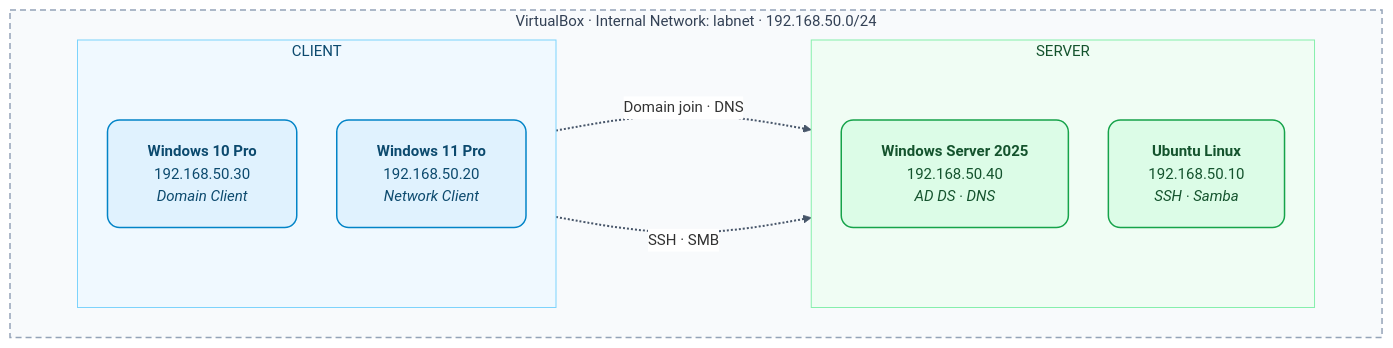
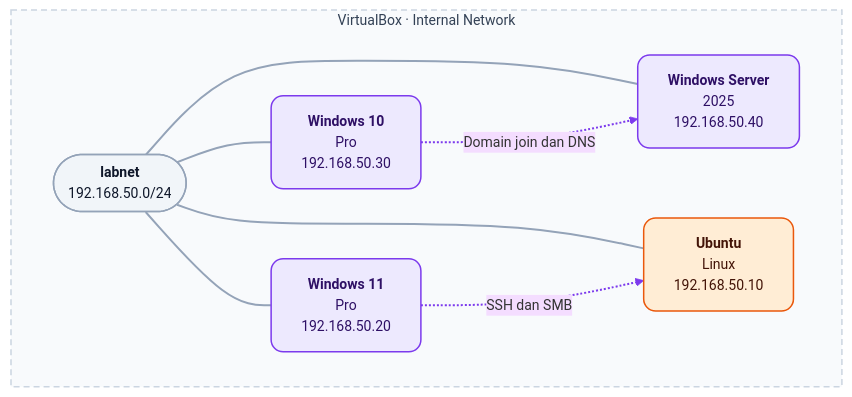
One commit to Irfanrahmatf/infra-homelab changed the diagram in COMMAND.md. Above: the diagram before and after it, drawn with Mermaid. The commit also changed other lines of this file, not shown here.

````diff
--- a/COMMAND.md
+++ b/COMMAND.md
@@ -12,34 +12,33 @@
 ```mermaid
-%%{init: {"theme": "base", "flowchart": {"curve": "basis", "nodeSpacing": 40, "rankSpacing": 110, "padding": 20}, "themeVariables": {"fontFamily": "Inter, Segoe UI, Roboto, sans-serif", "fontSize": "15px", "lineColor": "#64748b", "edgeLabelBackground": "#ffffff"}}}%%
-flowchart LR
-    subgraph LAB["VirtualBox · Internal Network: labnet · 192.168.50.0/24"]
-        direction LR
+%%{init: {"theme": "base", "flowchart": {"curve": "basis", "nodeSpacing": 50, "rankSpacing": 60}, "themeVariables": {"fontFamily": "Inter, Segoe UI, sans-serif", "fontSize": "14px", "lineColor": "#94a3b8", "clusterBkg": "#f8fafc", "clusterBorder": "#cbd5e1"}}}%%
+flowchart TB
+    subgraph LAB["VirtualBox · Internal Network"]
+        NET(["<b>labnet</b><br/>192.168.50.0/24"])
  
-        subgraph CLIENT["CLIENT"]
-            direction TB
-            W10["<b>Windows 10 Pro</b><br/>192.168.50.30<br/><i>Domain Client</i>"]
-            W11["<b>Windows 11 Pro</b><br/>192.168.50.20<br/><i>Network Client</i>"]
-        end
+        W10["<b>Windows 10</b><br/>Pro<br/>192.168.50.30"]
+        DC["<b>Windows Server</b><br/>2025<br/>192.168.50.40"]
+        W11["<b>Windows 11</b><br/>Pro<br/>192.168.50.20"]
+        UB["<b>Ubuntu</b><br/>Linux<br/>192.168.50.10"]
  
-        subgraph SERVER["SERVER"]
-            direction TB
-            DC["<b>Windows Server 2025</b><br/>192.168.50.40<br/><i>AD DS · DNS</i>"]
-            UB["<b>Ubuntu Linux</b><br/>192.168.50.10<br/><i>SSH · Samba</i>"]
-        end
+        NET --- W10
+        NET --- DC
+        NET --- W11
+        NET --- UB
+ 
+        W10 -.->|"Domain join dan DNS"| DC
+        W11 -.->|"SSH dan SMB"| UB
     end
  
-    W10 -.->|"Domain join · DNS"| DC
-    W11 -.->|"SSH · SMB"| UB
+    classDef net fill:#f1f5f9,stroke:#94a3b8,stroke-width:1.5px,color:#0f172a,rx:20,ry:20
+    classDef win fill:#ede9fe,stroke:#7c3aed,stroke-width:1.5px,color:#2e1065,rx:12,ry:12
+    classDef lin fill:#ffedd5,stroke:#ea580c,stroke-width:1.5px,color:#431407,rx:12,ry:12
  
-    classDef client fill:#e0f2fe,stroke:#0284c7,stroke-width:1.5px,color:#0c4a6e,rx:12,ry:12
-    classDef server fill:#dcfce7,stroke:#16a34a,stroke-width:1.5px,color:#14532d,rx:12,ry:12
+    class NET net
+    class W10,DC,W11 win
+    class UB lin
  
-    class W10,W11 client
-    class DC,UB server
+    style LAB fill:#f8fafc,stroke:#cbd5e1,stroke-width:1.5px,stroke-dasharray:6 4,color:#334155
  
-    style LAB fill:#f8fafc,stroke:#94a3b8,stroke-width:1.5px,stroke-dasharray:6 4,color:#334155
-    style CLIENT fill:#f0f9ff,stroke:#7dd3fc,stroke-width:1px,color:#0c4a6e
-    style SERVER fill:#f0fdf4,stroke:#86efac,stroke-width:1px,color:#14532d
- 
-    linkStyle 0,1 stroke:#475569,stroke-width:2px
+    linkStyle 0,1,2,3 stroke:#94a3b8,stroke-width:2px
+    linkStyle 4,5 stroke:#7c3aed,stroke-width:2px
 ```
````
